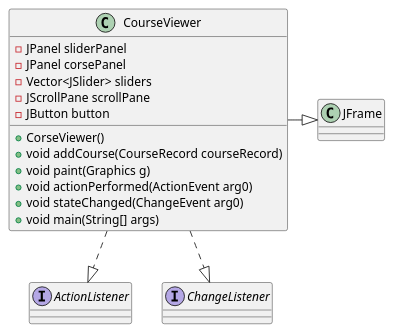
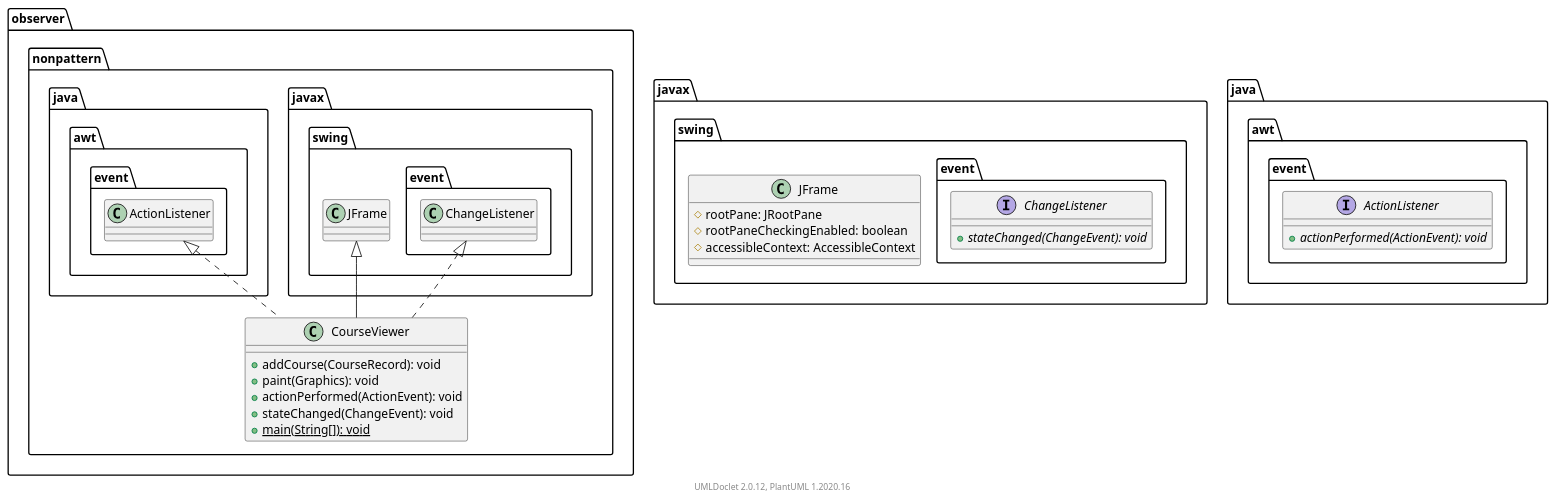
The diagram in docs/TP5.plantuml (IUT-Blagnac/cpoa-tp5-TomJoalland), drawn with PlantUML before and after one commit. The commit also changed 88 other files, not shown here.

```diff
--- a/docs/TP5.plantuml
+++ b/docs/TP5.plantuml
@@ -1,33 +1,38 @@
-@startuml oberver.nonpattern
+@startuml
+    namespace observer.nonpattern {
 
-class JFrame{
+        class CourseViewer [[CourseViewer.html]] {
+            +addCourse(CourseRecord): void
+            +paint(Graphics): void
+            +actionPerformed(ActionEvent): void
+            +stateChanged(ChangeEvent): void
+            {static} +main(String[]): void
+        }
 
-}
+        javax.swing.JFrame <|-- CourseViewer
+        java.awt.event.ActionListener <|.. CourseViewer
+        javax.swing.event.ChangeListener <|.. CourseViewer
+    }
 
-interface ActionListener{
+    namespace javax.swing {
+        class JFrame [[https://docs.oracle.com/javase/8/docs/api/javax/swing/JFrame.html?is-external=true]] {
+            #rootPane: JRootPane
+            #rootPaneCheckingEnabled: boolean
+            #accessibleContext: AccessibleContext
+        }
+    }
 
-}
+    namespace java.awt.event {
+        interface ActionListener [[https://docs.oracle.com/javase/8/docs/api/java/awt/event/ActionListener.html?is-external=true]] {
+            {abstract} +actionPerformed(ActionEvent): void
+        }
+    }
 
-interface ChangeListener{
+    namespace javax.swing.event {
+        interface ChangeListener [[https://docs.oracle.com/javase/8/docs/api/javax/swing/event/ChangeListener.html?is-external=true]] {
+            {abstract} +stateChanged(ChangeEvent): void
+        }
+    }
 
-}
-
-class CourseViewer{
-- JPanel sliderPanel
-- JPanel corsePanel
-- Vector<JSlider> sliders
-- JScrollPane scrollPane
-- JButton button
-+ CorseViewer()
-+ void addCourse(CourseRecord courseRecord)
-+ void paint(Graphics g)
-+ void actionPerformed(ActionEvent arg0)
-+ void stateChanged(ChangeEvent arg0)
-+ void main(String[] args)
-}
-
-CourseViewer -|> JFrame
-CourseViewer ..|> ActionListener
-CourseViewer ..|> ChangeListener
-
+    center footer UMLDoclet 2.0.12, PlantUML 1.2020.16
 @enduml
```
